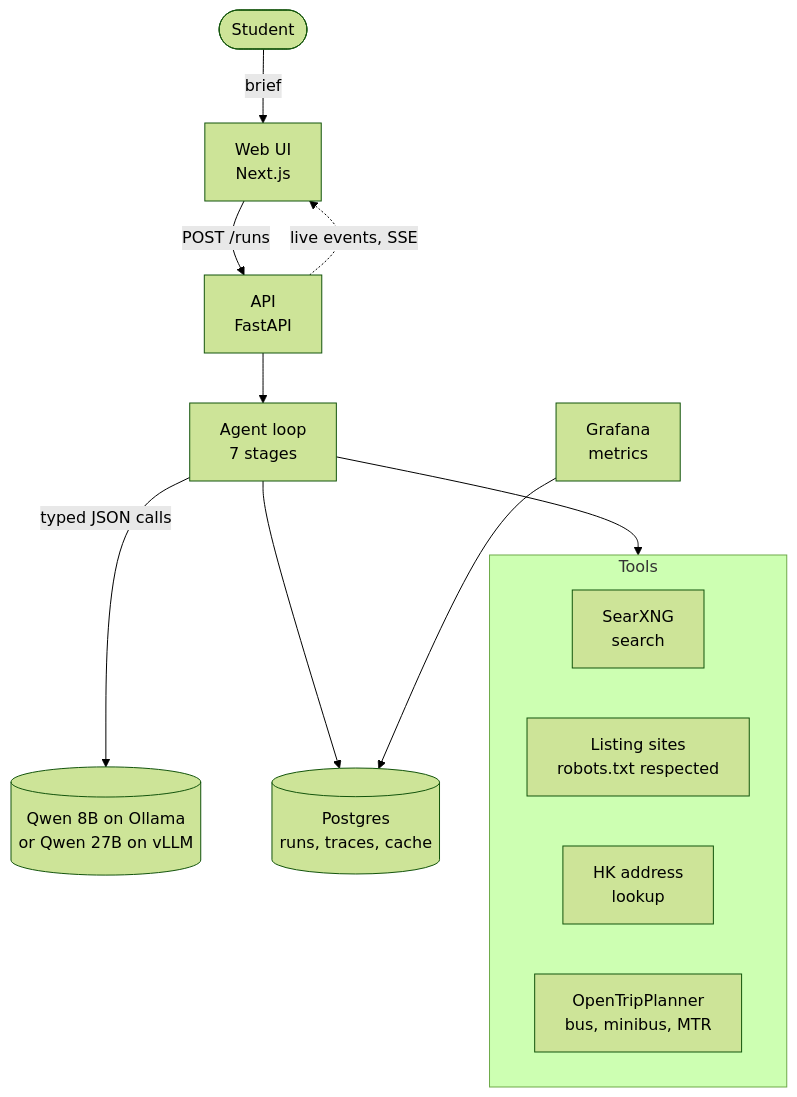
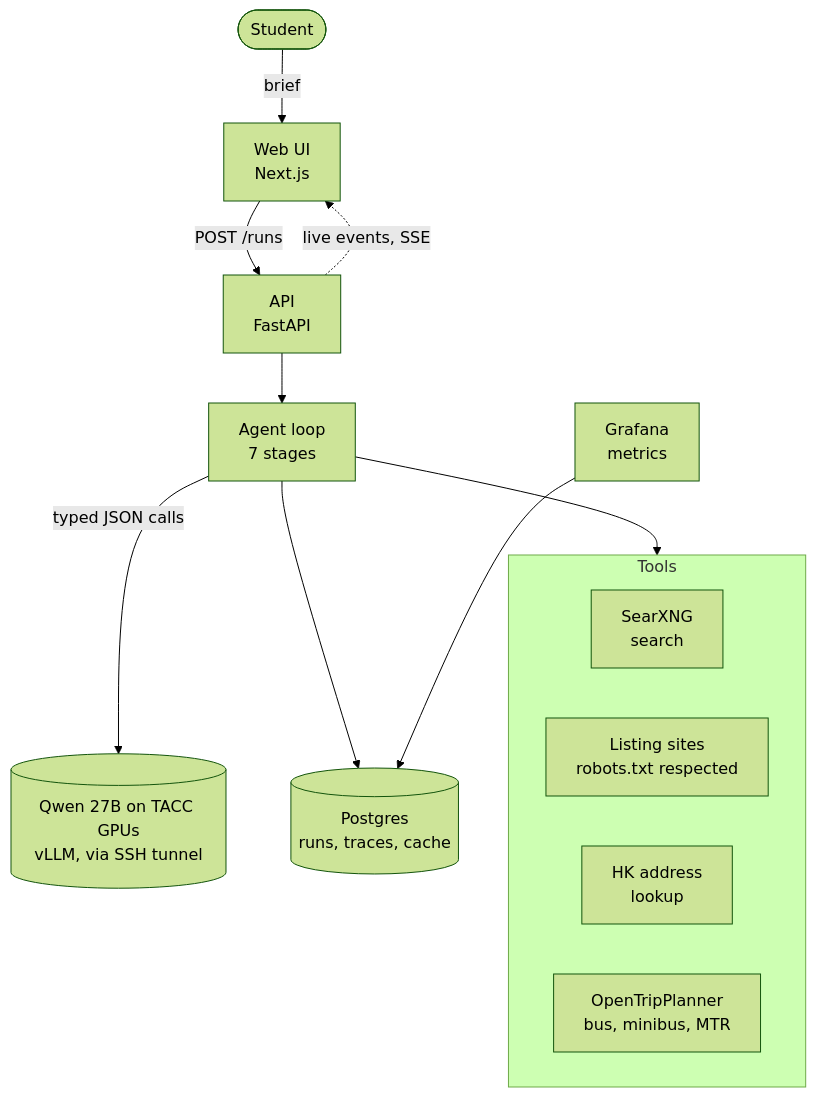
The first of 2 diagrams in README.md (flatjai/flatjai), drawn with Mermaid (forest theme) before and after one commit. The commit also changed other lines of this file and 11 other files, not shown here.

First line of the commit message:
Make Qwen 27B on TACC the default model and ask where it runs at setup

````diff
--- a/README.md
+++ b/README.md
@@ -65,18 +67,18 @@
 ```mermaid
 flowchart TB
     student([Student]) -->|brief| web[Web UI<br/>Next.js]
     web -->|POST /runs| api[API<br/>FastAPI]
     api -.->|live events, SSE| web
     api --> agent[Agent loop<br/>7 stages]
-    agent -->|typed JSON calls| model[(Qwen 8B on Ollama<br/>or Qwen 27B on vLLM)]
+    agent -->|typed JSON calls| model[(Qwen 27B on TACC GPUs<br/>vLLM, via SSH tunnel)]
     agent --> tools
     agent --> pg[(Postgres<br/>runs, traces, cache)]
     subgraph tools [Tools]
         direction LR
         searxng[SearXNG<br/>search]
         sites[Listing sites<br/>robots.txt respected]
         geo[HK address<br/>lookup]
         otp[OpenTripPlanner<br/>bus, minibus, MTR]
     end
     grafana[Grafana<br/>metrics] --> pg
 ```
````
